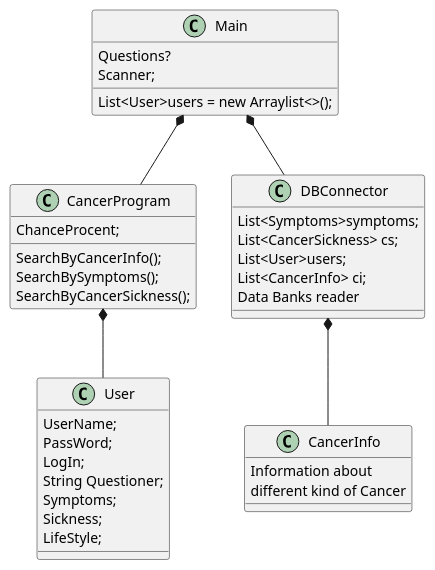
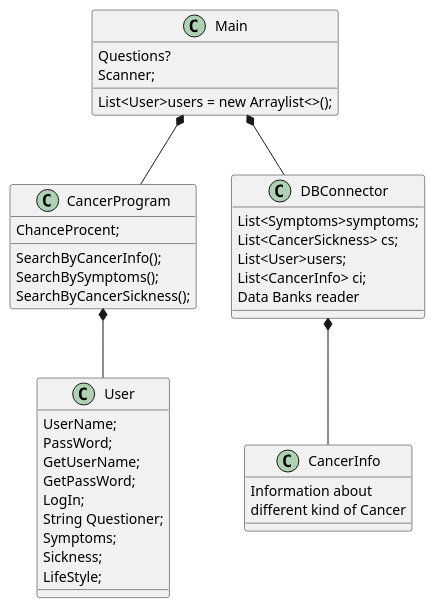
Before and after one commit to Fjumre/ICE-Gruppe-F: the diagram in src/ICE Gruppe F.puml, drawn with PlantUML.

Commit message:
Update ICE Gruppe F.puml

```diff
--- a/src/ICE Gruppe F.puml
+++ b/src/ICE Gruppe F.puml
@@ -1,48 +1,50 @@
 @startuml
 'https://plantuml.com/sequence-diagram
 
 
 
 Class Main{
 Questions?
 Scanner;
 List<User>users = new Arraylist<>();
 }
 
 Class CancerProgram{
 ChanceProcent;
 SearchByCancerInfo();
 SearchBySymptoms();
 SearchByCancerSickness();
 }
 
 Class User{
 UserName;
 PassWord;
+GetUserName;
+GetPassWord;
 LogIn;
 String Questioner;
 Symptoms;
 Sickness;
 LifeStyle;
 }
 
 Class CancerInfo{
 
 Information about
 different kind of Cancer
 }
 
 Class DBConnector{
 List<Symptoms>symptoms;
 List<CancerSickness> cs;
 List<User>users;
 List<CancerInfo> ci;
 Data Banks reader
 }
 
 Main *-- DBConnector
 Main *-- CancerProgram
 CancerProgram *-- User
 DBConnector *-- CancerInfo
 
 @enduml
```
